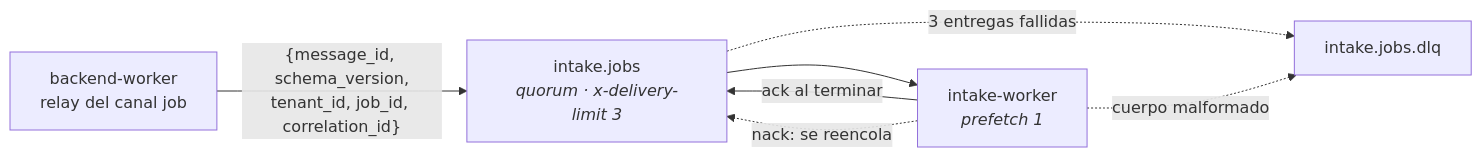
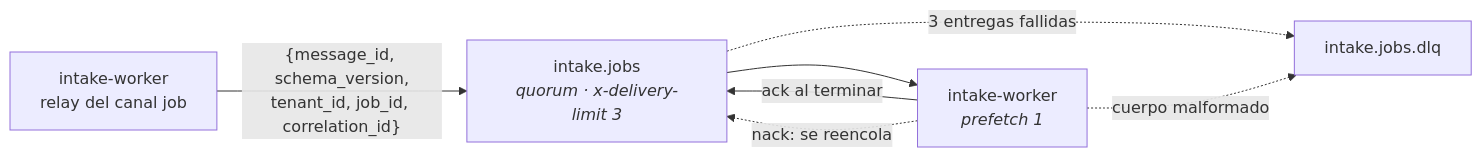
The second of 3 diagrams in docs/content/eventos/rabbitmq.md (MDCIrony/leads-hexa), drawn with Mermaid before and after one commit. The commit also changed other lines of this file and 33 other files, not shown here.

````diff
--- a/docs/content/eventos/rabbitmq.md
+++ b/docs/content/eventos/rabbitmq.md
@@ -44,9 +44,9 @@
 ```mermaid
 flowchart LR
-    R["backend-worker<br/>relay del canal job"] -->|"{message_id, schema_version,<br/>tenant_id, job_id, correlation_id}"| Q["intake.jobs<br/><i>quorum · x-delivery-limit 3</i>"]
+    R["intake-worker<br/>relay del canal job"] -->|"{message_id, schema_version,<br/>tenant_id, job_id, correlation_id}"| Q["intake.jobs<br/><i>quorum · x-delivery-limit 3</i>"]
     Q --> W1["intake-worker<br/><i>prefetch 1</i>"]
     W1 -->|ack al terminar| Q
     W1 -.->|"nack: se reencola"| Q
     Q -.->|"3 entregas fallidas"| DLQ["intake.jobs.dlq"]
     W1 -.->|"cuerpo malformado"| DLQ
 ```
````
